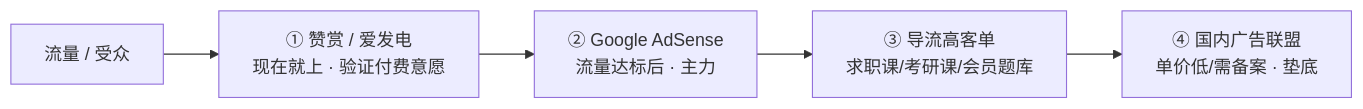
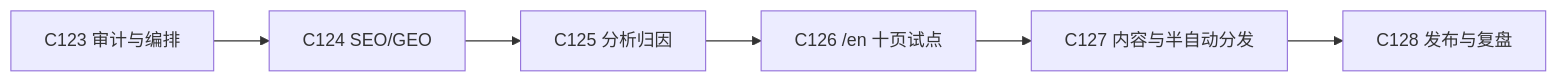
One commit to IllegalCreed/algorithms-visualization changed the diagram in docs/marketing/roadmap.md. Above: the diagram before and after it, drawn with Mermaid. The commit also changed other lines of this file and 19 other files, not shown here.

````diff
--- a/docs/marketing/roadmap.md
+++ b/docs/marketing/roadmap.md
@@ -114,7 +35,8 @@
 ```mermaid
 flowchart LR
-  T["流量 / 受众"] --> F1["① 赞赏 / 爱发电<br/>现在就上 · 验证付费意愿"]
-  F1 --> F2["② Google AdSense<br/>流量达标后 · 主力"]
-  F2 --> F3["③ 导流高客单<br/>求职课/考研课/会员题库"]
-  F3 --> F4["④ 国内广告联盟<br/>单价低/需备案 · 垫底"]
+  C123["C123 审计与编排"] --> C124["C124 SEO/GEO"]
+  C124 --> C125["C125 分析归因"]
+  C125 --> C126["C126 /en 十页试点"]
+  C126 --> C127["C127 内容与半自动分发"]
+  C127 --> C128["C128 发布与复盘"]
 ```
````
